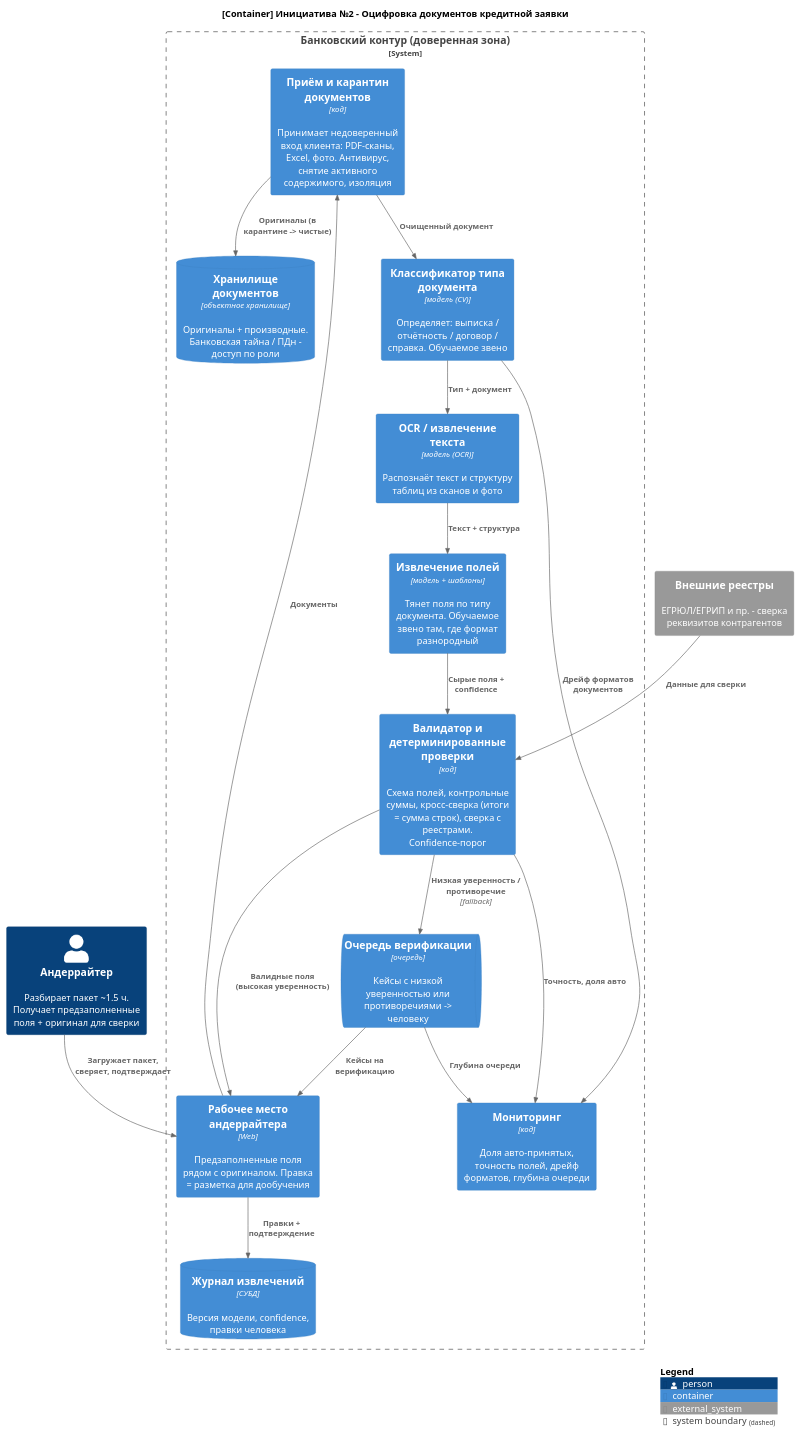
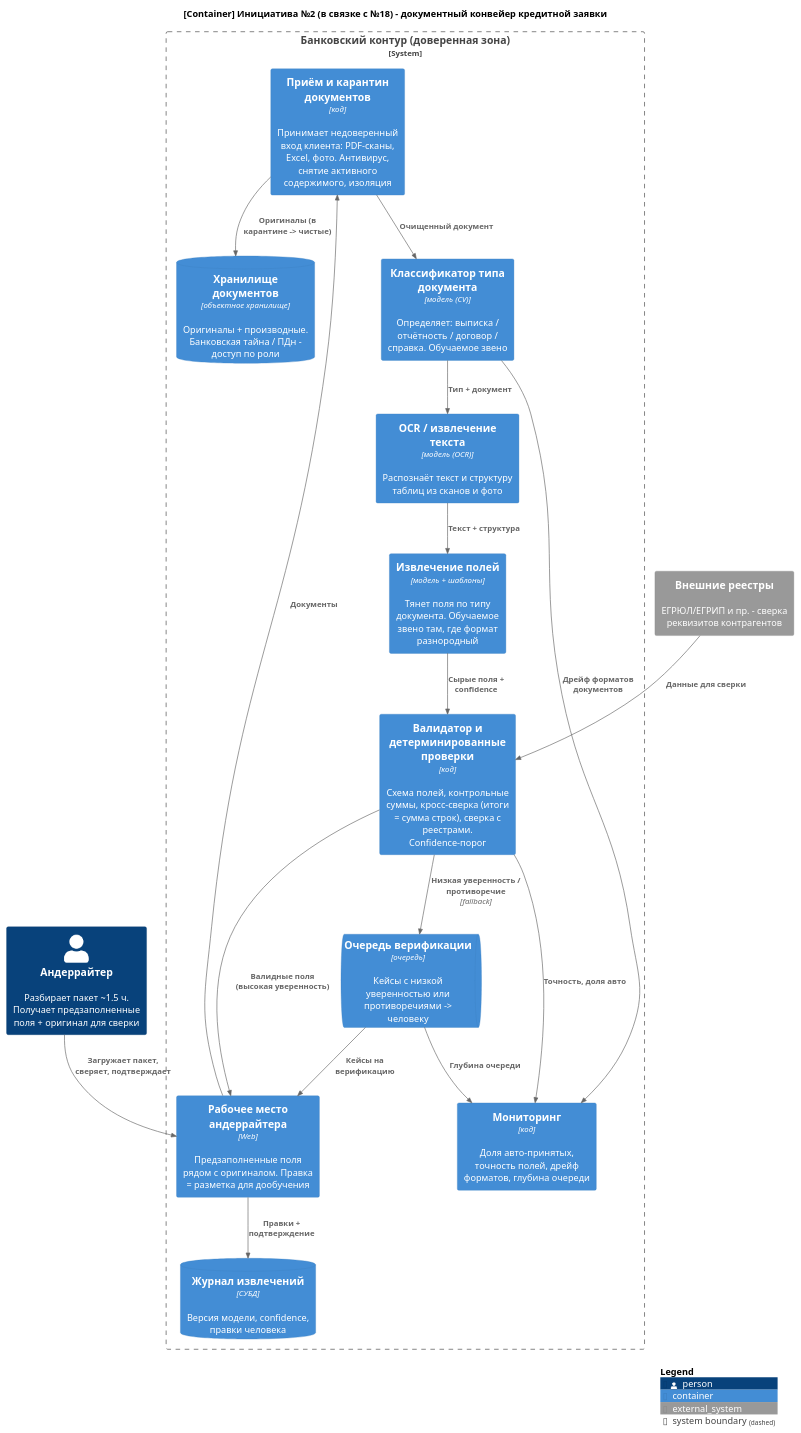
One commit to 4apaj/Solution-AI-Sprint7 changed the diagram in Task3/03_docs_container.puml. Above: the diagram before and after it, drawn with PlantUML. The commit also changed 22 other files, not shown here.

```diff
--- a/Task3/03_docs_container.puml
+++ b/Task3/03_docs_container.puml
@@ -1,41 +1,41 @@
 @startuml docs_container
 
 !include https://raw.githubusercontent.com/plantuml-stdlib/C4-PlantUML/master/C4_Container.puml
 
-title [Container] Инициатива №2 - Оцифровка документов кредитной заявки
+title [Container] Инициатива №2 (в связке с №18) - документный конвейер кредитной заявки
 
 Person(underwriter, "Андеррайтер", "Разбирает пакет ~1.5 ч. Получает предзаполненные поля + оригинал для сверки")
 
 System_Boundary(core, "Банковский контур (доверенная зона)") {
     Container(intake, "Приём и карантин документов", "код", "Принимает недоверенный вход клиента: PDF-сканы, Excel, фото. Антивирус, снятие активного содержимого, изоляция")
     ContainerDb(doc_store, "Хранилище документов", "объектное хранилище", "Оригиналы + производные. Банковская тайна / ПДн - доступ по роли")
     Container(classifier, "Классификатор типа документа", "модель (CV)", "Определяет: выписка / отчётность / договор / справка. Обучаемое звено")
     Container(ocr, "OCR / извлечение текста", "модель (OCR)", "Распознаёт текст и структуру таблиц из сканов и фото")
     Container(extractor, "Извлечение полей", "модель + шаблоны", "Тянет поля по типу документа. Обучаемое звено там, где формат разнородный")
     Container(validator, "Валидатор и детерминированные проверки", "код", "Схема полей, контрольные суммы, кросс-сверка (итоги = сумма строк), сверка с реестрами. Confidence-порог")
     ContainerQueue(review_queue, "Очередь верификации", "очередь", "Кейсы с низкой уверенностью или противоречиями -> человеку")
     Container(uw_ui, "Рабочее место андеррайтера", "Web", "Предзаполненные поля рядом с оригиналом. Правка = разметка для дообучения")
     ContainerDb(audit, "Журнал извлечений", "СУБД", "Версия модели, confidence, правки человека")
     Container(monitor, "Мониторинг", "код", "Доля авто-принятых, точность полей, дрейф форматов, глубина очереди")
 }
 
 System_Ext(registries, "Внешние реестры", "ЕГРЮЛ/ЕГРИП и пр. - сверка реквизитов контрагентов")
 
 Rel(underwriter, uw_ui, "Загружает пакет, сверяет, подтверждает")
 Rel(uw_ui, intake, "Документы")
 Rel(intake, doc_store, "Оригиналы (в карантине -> чистые)")
 Rel(intake, classifier, "Очищенный документ")
 Rel(classifier, ocr, "Тип + документ")
 Rel(ocr, extractor, "Текст + структура")
 Rel(extractor, validator, "Сырые поля + confidence")
 Rel(registries, validator, "Данные для сверки")
 Rel(validator, uw_ui, "Валидные поля (высокая уверенность)")
 Rel(validator, review_queue, "Низкая уверенность / противоречие", "fallback")
 Rel(review_queue, uw_ui, "Кейсы на верификацию")
 Rel(uw_ui, audit, "Правки + подтверждение")
 Rel(validator, monitor, "Точность, доля авто")
 Rel(review_queue, monitor, "Глубина очереди")
 Rel(classifier, monitor, "Дрейф форматов документов")
 
 SHOW_LEGEND()
 @enduml
```
